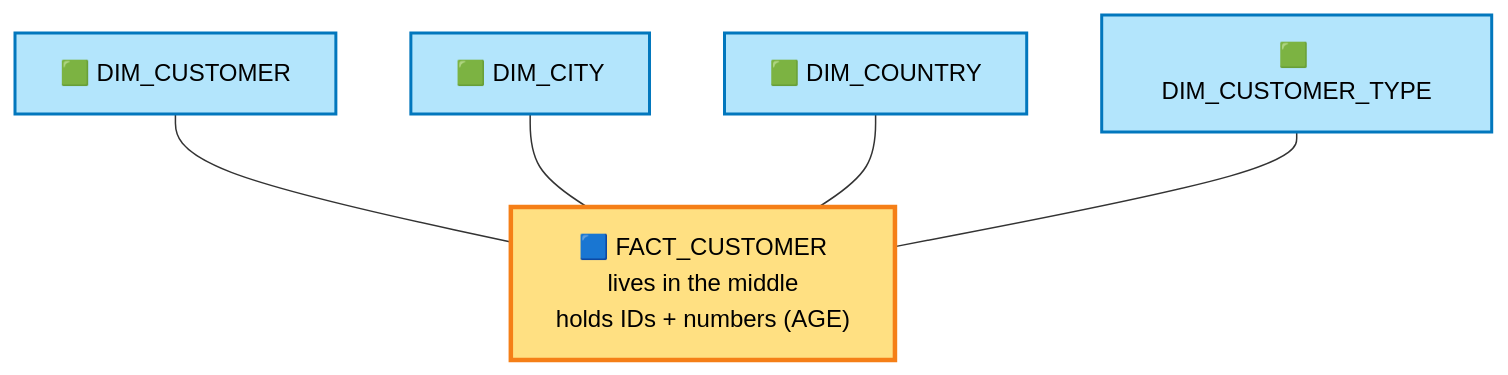
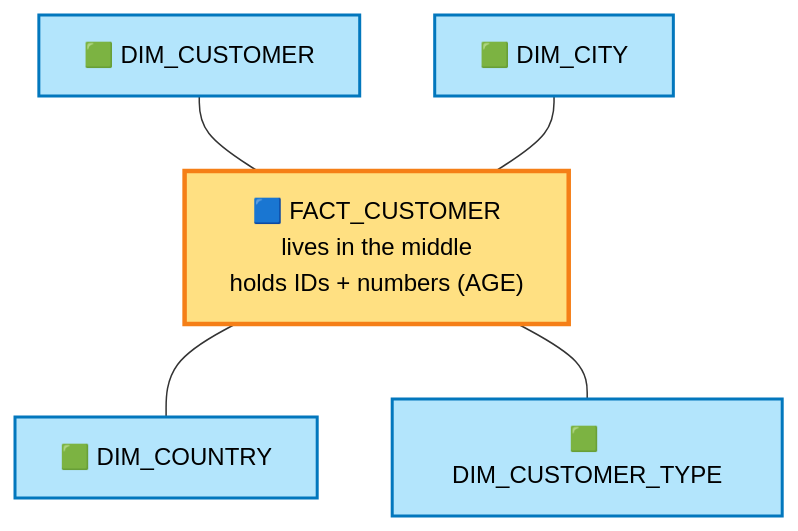
The eighth of 9 diagrams in 03) Snowflake/60.1) Data Modelling/02) STAR schema/02) STAR schema.md (Kshitijavir/aws-pipelines-september-2026), drawn with Mermaid before and after one commit. The commit also changed other lines of this file, not shown here.

First line of the commit message:
Arrange star schema diagrams with dimensions around the fact table

````diff
--- a/03) Snowflake/60.1) Data Modelling/02) STAR schema/02) STAR schema.md
+++ b/03) Snowflake/60.1) Data Modelling/02) STAR schema/02) STAR schema.md
@@ -454,18 +454,18 @@
 ```mermaid
 flowchart TB
-    F["🟦 FACT_CUSTOMER<br/>lives in the middle<br/>holds IDs + numbers (AGE)"]
     D1["🟩 DIM_CUSTOMER"]
     D2["🟩 DIM_CITY"]
+    F["🟦 FACT_CUSTOMER<br/>lives in the middle<br/>holds IDs + numbers (AGE)"]
     D3["🟩 DIM_COUNTRY"]
     D4["🟩 DIM_CUSTOMER_TYPE"]
 
     D1 --- F
     D2 --- F
-    D3 --- F
-    D4 --- F
+    F --- D3
+    F --- D4
 
     classDef fact fill:#ffe082,stroke:#f57f17,stroke-width:3px,color:#000000
     classDef dim fill:#b3e5fc,stroke:#0277bd,stroke-width:2px,color:#000000
     class F fact
     class D1,D2,D3,D4 dim
 ```
````
